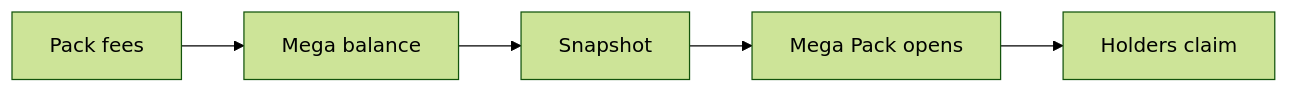
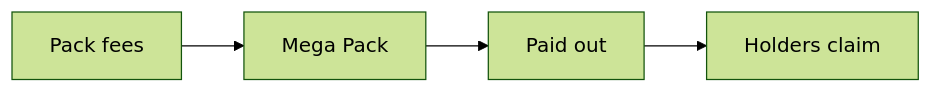
One commit to gabox-labs/docs changed the diagram in mega-pack.mdx. Above: the diagram before and after it, drawn with Mermaid (forest theme). The commit also changed other lines of this file and 27 other files, not shown here.

````diff
--- a/mega-pack.mdx
+++ b/mega-pack.mdx
@@ -9,7 +9,6 @@
 ```mermaid
 flowchart LR
- A[Pack fees] --> B[Mega balance]
- B --> C[Snapshot]
- C --> D[Mega Pack opens]
- D --> E[Holders claim]
+ A[Pack fees] --> B[Mega Pack]
+ B --> C[Paid out]
+ C --> D[Holders claim]
 ```
````
